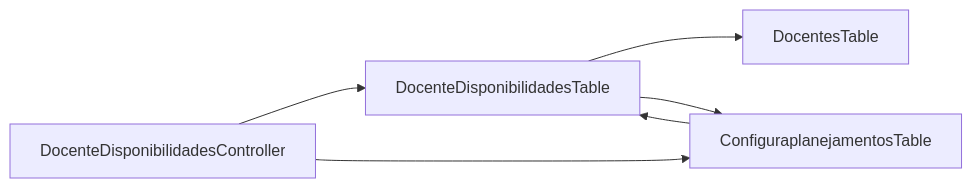
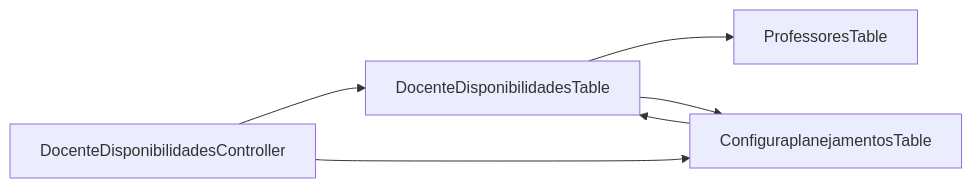
The sixth of 6 diagrams in .qoder/repowiki/en/content/Project Overview/Core Features Overview/Faculty Management/Faculty Availability Tracking.md (luiseduacosta/planejamento5), drawn with Mermaid before and after one commit. The commit also changed other lines of this file and 37 other files, not shown here.

Commit message:
repowiki: rename Docentes → Professores in metadata

````diff
--- a/.qoder/repowiki/en/content/Project Overview/Core Features Overview/Faculty Management/Faculty Availability Tracking.md
+++ b/.qoder/repowiki/en/content/Project Overview/Core Features Overview/Faculty Management/Faculty Availability Tracking.md
@@ -300,8 +300,8 @@
 ```mermaid
 graph LR
-DT["DocenteDisponibilidadesTable"] --> DOC["DocentesTable"]
+DT["DocenteDisponibilidadesTable"] --> DOC["ProfessoresTable"]
 DT --> CPT["ConfiguraplanejamentosTable"]
 CPT --> DT
 CTRL["DocenteDisponibilidadesController"] --> DT
 CTRL --> CPT
 ```
````
